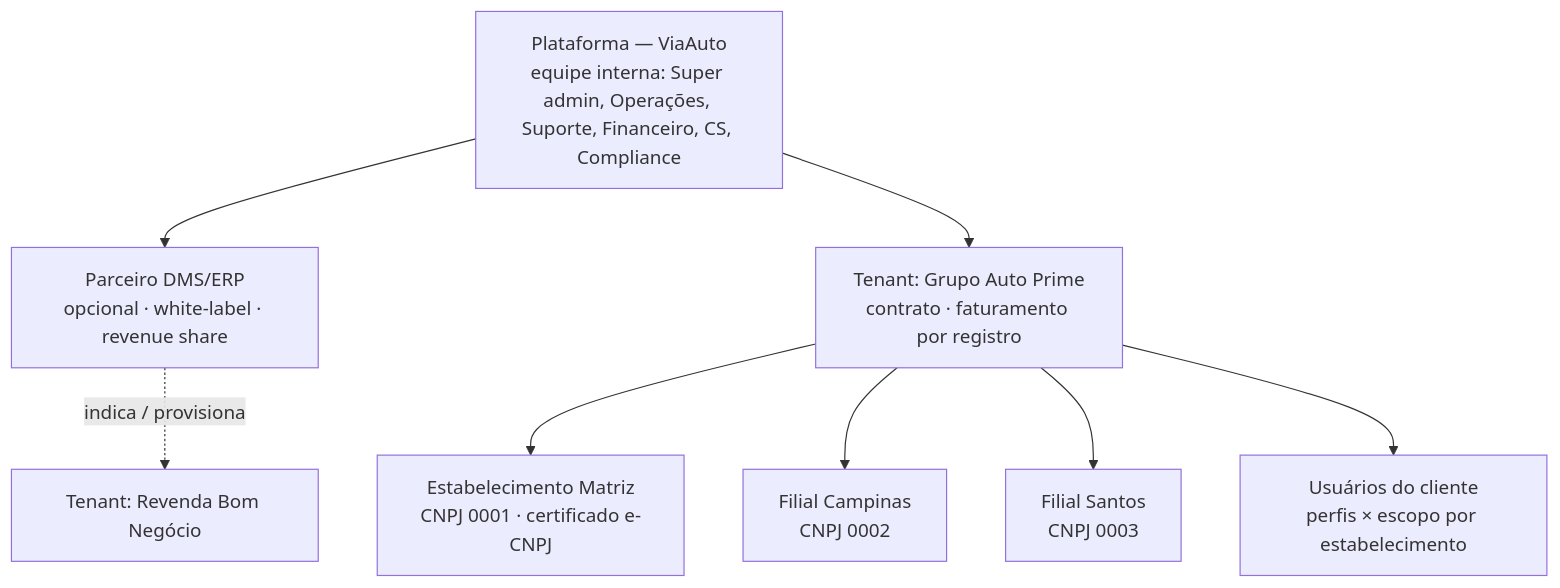
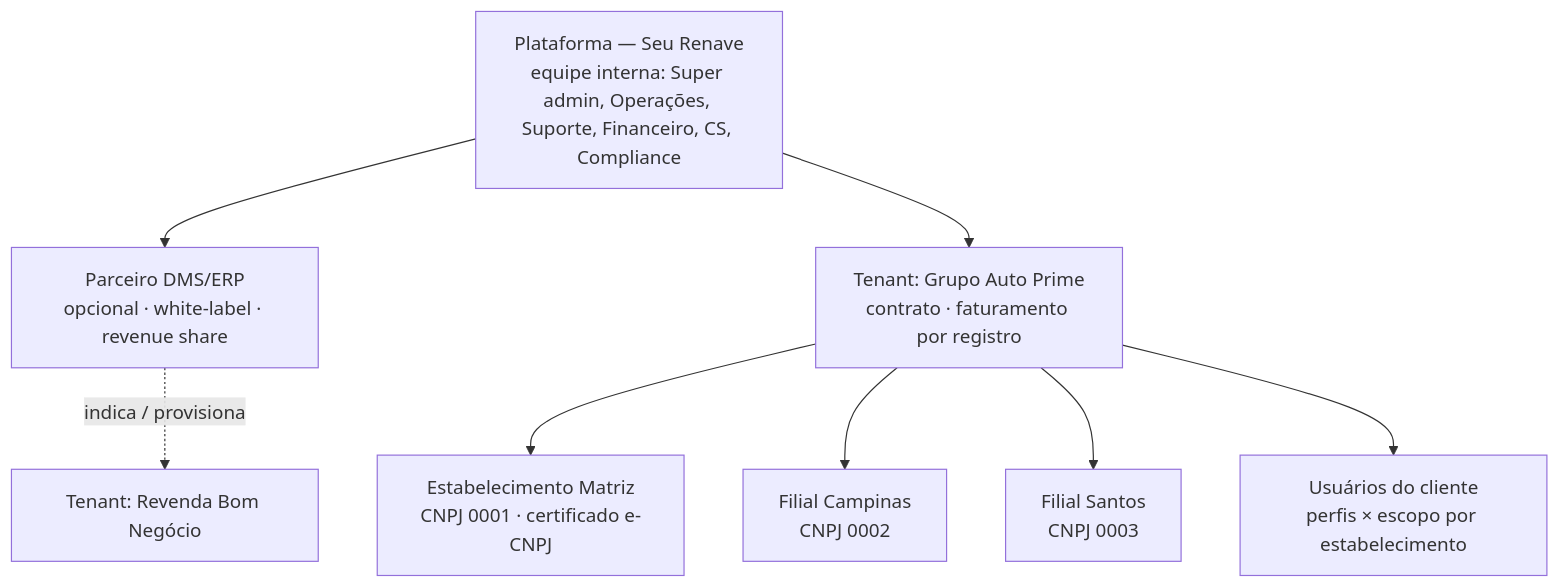
Before and after one commit to joaopaulomirandamatias/renave: the first of 2 diagrams in docs/11-modelo-saas.md, drawn with Mermaid. The commit also changed other lines of this file and 9 other files, not shown here.

First line of the commit message:
Marca Seu Renave: renomeia o produto, novo texto oficial e análise de risco do nome

````diff
--- a/docs/11-modelo-saas.md
+++ b/docs/11-modelo-saas.md
@@ -11,16 +11,16 @@
 ```mermaid
 flowchart TD
-  P[Plataforma — ViaAuto<br/>equipe interna: Super admin, Operações, Suporte, Financeiro, CS, Compliance]
+  P[Plataforma — Seu Renave<br/>equipe interna: Super admin, Operações, Suporte, Financeiro, CS, Compliance]
   PA[Parceiro DMS/ERP<br/>opcional · white-label · revenue share]
   T1[Tenant: Grupo Auto Prime<br/>contrato · faturamento por registro]
   T2[Tenant: Revenda Bom Negócio]
   E1[Estabelecimento Matriz<br/>CNPJ 0001 · certificado e-CNPJ]
   E2[Filial Campinas<br/>CNPJ 0002]
   E3[Filial Santos<br/>CNPJ 0003]
   U[Usuários do cliente<br/>perfis × escopo por estabelecimento]
   P --> PA
   P --> T1
   PA -.indica / provisiona.-> T2
   T1 --> E1 & E2 & E3
   T1 --> U
 ```
````
